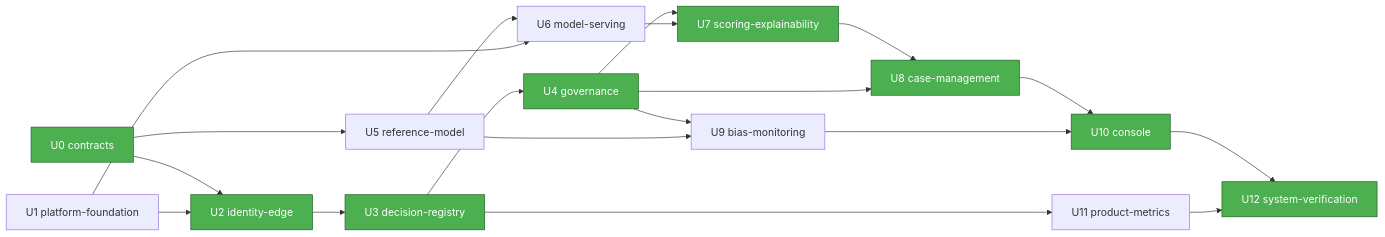
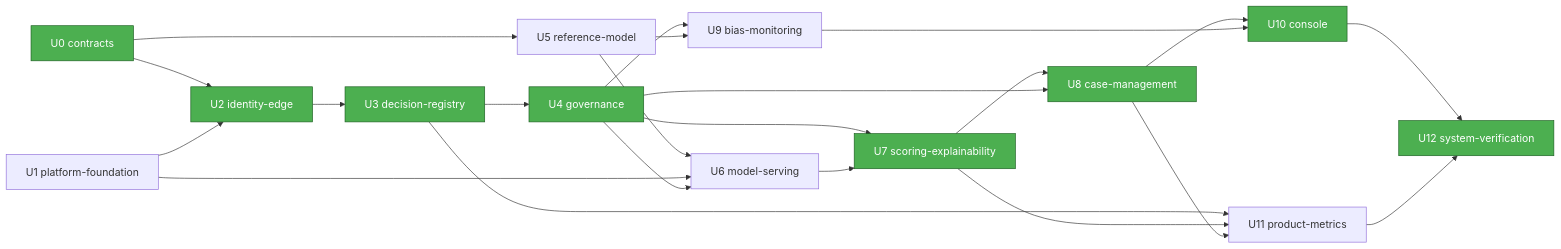
One commit to jjlloobb/topicos-especiales-credito-de-vivienda changed the diagram in vectra-risk/aidlc-docs/inception/application-design/unit-of-work-dependency.md. Above: the diagram before and after it, drawn with Mermaid. The commit also changed other lines of this file and 43 other files, not shown here.

````diff
--- a/vectra-risk/aidlc-docs/inception/application-design/unit-of-work-dependency.md
+++ b/vectra-risk/aidlc-docs/inception/application-design/unit-of-work-dependency.md
@@ -40,44 +47,47 @@
 ```mermaid
 flowchart LR
     U0["U0 contracts"]
     U1["U1 platform-foundation"]
     U2["U2 identity-edge"]
     U3["U3 decision-registry"]
     U4["U4 governance"]
     U5["U5 reference-model"]
     U6["U6 model-serving"]
     U7["U7 scoring-explainability"]
     U8["U8 case-management"]
     U9["U9 bias-monitoring"]
     U10["U10 console"]
     U11["U11 product-metrics"]
     U12["U12 system-verification"]
 
     U0 --> U2
     U1 --> U2
     U2 --> U3
     U3 --> U4
     U0 --> U5
     U5 --> U6
     U1 --> U6
     U4 --> U7
     U6 --> U7
+    U4 --> U6
     U7 --> U8
     U4 --> U8
     U4 --> U9
     U5 --> U9
     U8 --> U10
     U9 --> U10
     U3 --> U11
+    U7 --> U11
+    U8 --> U11
     U10 --> U12
     U11 --> U12
 
     style U0 fill:#4CAF50,stroke:#1B5E20,color:#fff
     style U2 fill:#4CAF50,stroke:#1B5E20,color:#fff
     style U3 fill:#4CAF50,stroke:#1B5E20,color:#fff
     style U4 fill:#4CAF50,stroke:#1B5E20,color:#fff
     style U7 fill:#4CAF50,stroke:#1B5E20,color:#fff
     style U8 fill:#4CAF50,stroke:#1B5E20,color:#fff
     style U10 fill:#4CAF50,stroke:#1B5E20,color:#fff
     style U12 fill:#4CAF50,stroke:#1B5E20,color:#fff
 ```
````
